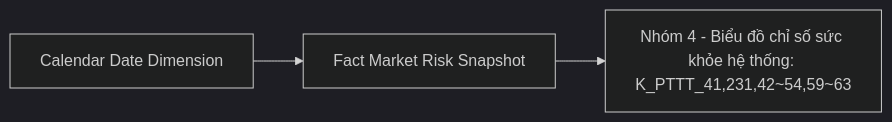
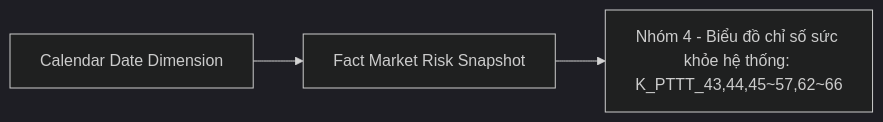
Before and after one commit to linhlvit/ubck_atomic_design: diagram 16 of 55 in Datamart/hld/DTM_PTTT_HLD.md, drawn with Mermaid (dark theme). The commit also changed other lines of this file and 70 other files, not shown here.

````diff
--- a/Datamart/hld/DTM_PTTT_HLD.md
+++ b/Datamart/hld/DTM_PTTT_HLD.md
@@ -727,5 +727,5 @@
 ```mermaid
 flowchart LR
-    fct_mkt_rsk_snpst["Fact Market Risk Snapshot"] --> rpt_nhom4["Nhóm 4 - Biểu đồ chỉ số sức khỏe hệ thống: K_PTTT_41,231,42~54,59~63"]
+    fct_mkt_rsk_snpst["Fact Market Risk Snapshot"] --> rpt_nhom4["Nhóm 4 - Biểu đồ chỉ số sức khỏe hệ thống: K_PTTT_43,44,45~57,62~66"]
     cdr_dt_dim["Calendar Date Dimension"] --> fct_mkt_rsk_snpst
 ```
````
